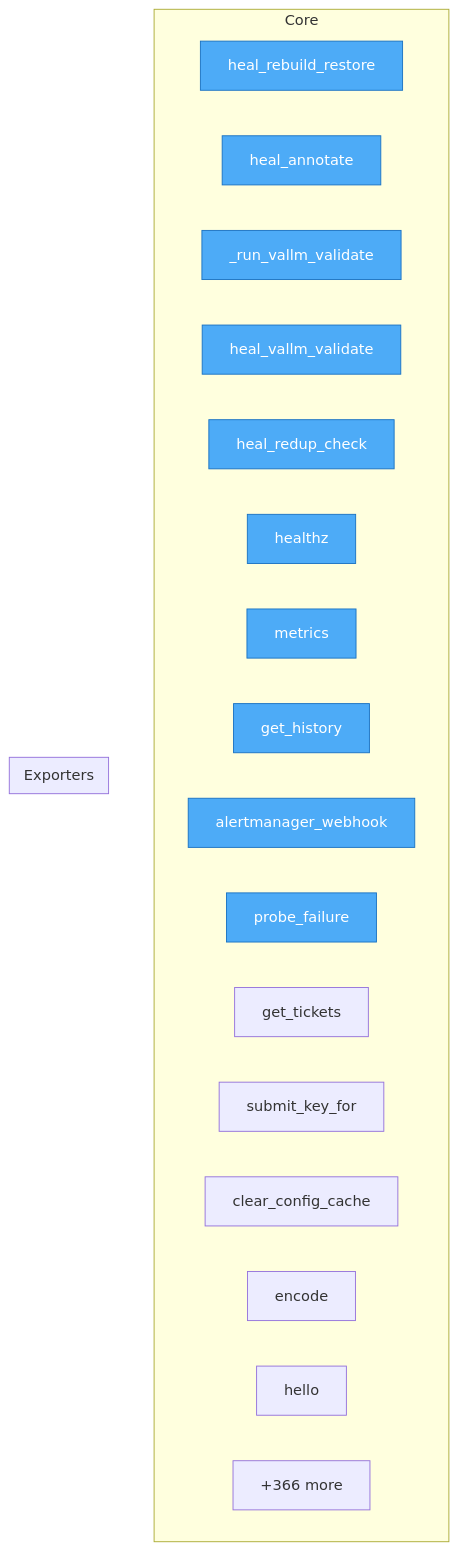
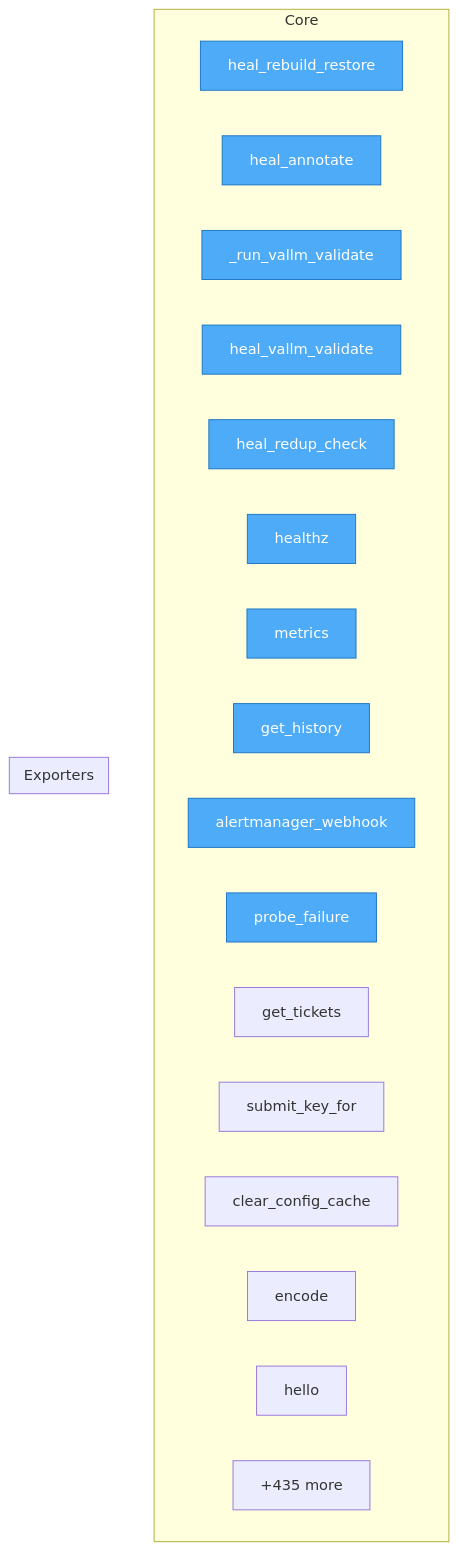
Before and after one commit to semcod/koru: the diagram in project/flow.mmd, drawn with Mermaid. The commit also changed 29 other files, not shown here.

```diff
--- a/project/flow.mmd
+++ b/project/flow.mmd
@@ -1,29 +1,29 @@
 flowchart TD
-%% generated in 0.02s
+%% generated in 0.03s
 
     %% Entry points (blue)
     classDef entry fill:#4dabf7,stroke:#1971c2,color:#fff
 
     subgraph Core
         services__healing_webhook__app__heal_rebuild_restore["heal_rebuild_restore"]
         services__healing_webhook__app__heal_annotate["heal_annotate"]
         services__healing_webhook__app___run_vallm_validate["_run_vallm_validate"]
         services__healing_webhook__app__heal_vallm_validate["heal_vallm_validate"]
         services__healing_webhook__app__heal_redup_check["heal_redup_check"]
         services__healing_webhook__app__healthz["healthz"]
         services__healing_webhook__app__metrics["metrics"]
         services__healing_webhook__app__get_history["get_history"]
         services__healing_webhook__app__alertmanager_webhook["alertmanager_webhook"]
         services__healing_webhook__app__probe_failure["probe_failure"]
         services__healing_webhook__app__get_tickets["get_tickets"]
         src__koruide__config__AutopilotConfig__submit_key_for["submit_key_for"]
         src__koruide__config__clear_config_cache["clear_config_cache"]
         src__koruide__protocol__Message__encode["encode"]
         src__koruide__protocol__hello["hello"]
-        ...["+366 more"]
+        ...["+435 more"]
     end
 
     subgraph Exporters
     end
 
     class services__healing_webhook__app__heal_rebuild_restore,services__healing_webhook__app__heal_annotate,services__healing_webhook__app___run_vallm_validate,services__healing_webhook__app__heal_vallm_validate,services__healing_webhook__app__heal_redup_check,services__healing_webhook__app__healthz,services__healing_webhook__app__metrics,services__healing_webhook__app__get_history,services__healing_webhook__app__alertmanager_webhook,services__healing_webhook__app__probe_failure entry
```
